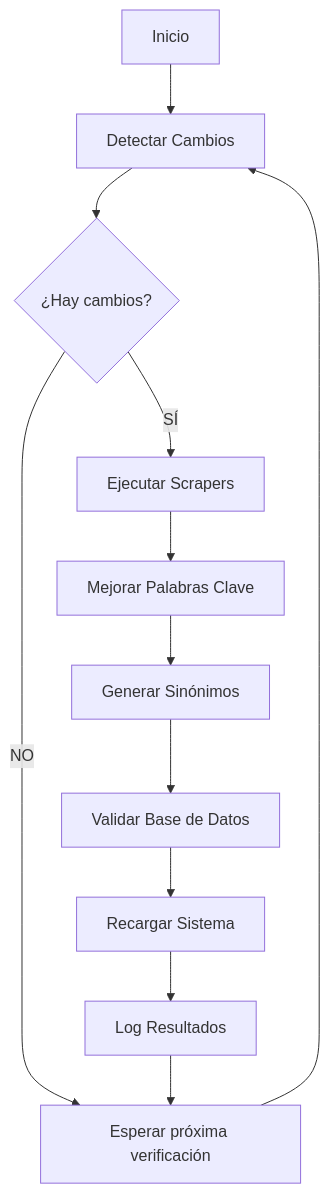
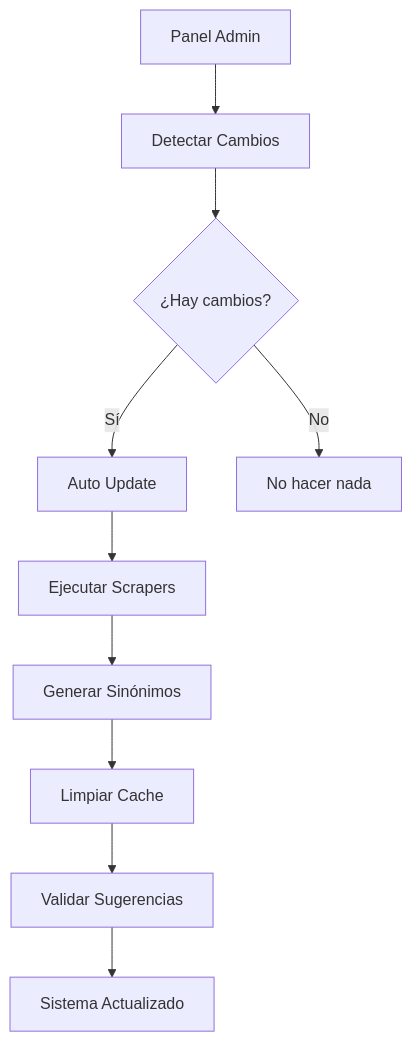
The diagram in docs/AUTOMATIZACION.md (mandresjacome/chatbot-uts), drawn with Mermaid before and after one commit. The commit also changed other lines of this file and 9 other files, not shown here.

````diff
--- a/docs/AUTOMATIZACION.md
+++ b/docs/AUTOMATIZACION.md
@@ -103,14 +142,12 @@
 ```mermaid
 graph TD
-    A[Inicio] --> B[Detectar Cambios]
+    A[Panel Admin] --> B[Detectar Cambios]
     B --> C{¿Hay cambios?}
-    C -->|NO| D[Esperar próxima verificación]
-    C -->|SÍ| E[Ejecutar Scrapers]
-    E --> F[Mejorar Palabras Clave]
+    C -->|Sí| D[Auto Update]
+    C -->|No| E[No hacer nada]
+    D --> F[Ejecutar Scrapers]
     F --> G[Generar Sinónimos]
-    G --> H[Validar Base de Datos]
-    H --> I[Recargar Sistema]
-    I --> J[Log Resultados]
-    J --> D
-    D --> B
+    G --> H[Limpiar Cache]
+    H --> I[Validar Sugerencias]
+    I --> J[Sistema Actualizado]
 ```
````
